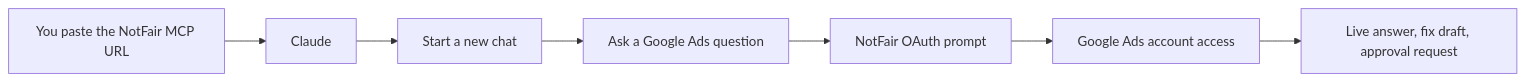
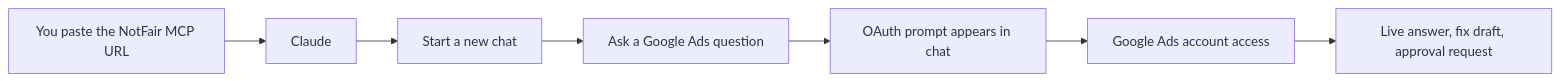
Before and after one commit to nowork-studio/google-ads-mcp: the first of 3 diagrams in README.md, drawn with Mermaid. The commit also changed other lines of this file and 1 other file, not shown here.

Commit message:
docs: clarify Claude chat OAuth prompt

````diff
--- a/README.md
+++ b/README.md
@@ -38,9 +38,9 @@
 ```mermaid
 flowchart LR
   A[You paste the NotFair MCP URL] --> B[Claude]
   B --> C[Start a new chat]
   C --> D[Ask a Google Ads question]
-  D --> E[NotFair OAuth prompt]
+  D --> E[OAuth prompt appears in chat]
   E --> F[Google Ads account access]
   F --> G[Live answer, fix draft, approval request]
 ```
````
